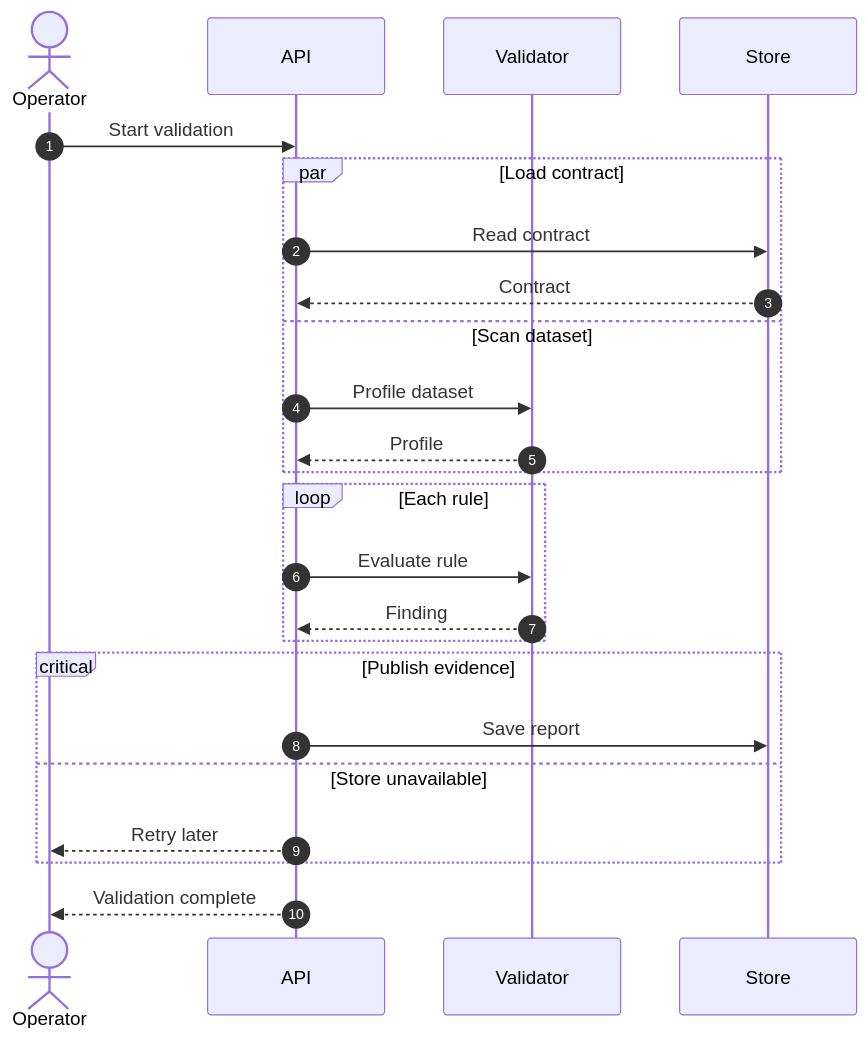
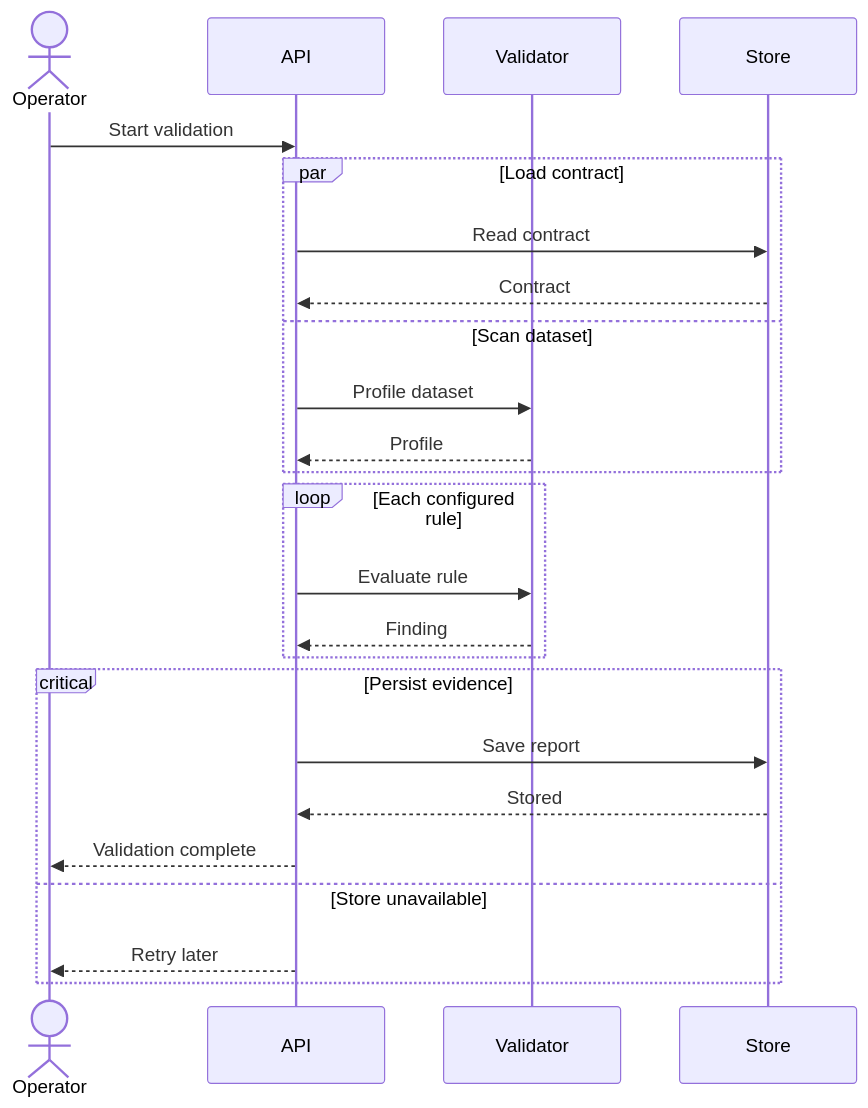
The second of 4 diagrams in src/rulesync/.rulesync/skills/mols-mermaid-diagram/references/examples/sequence-diagram.md (mols3131d/mols-agent-assets), drawn with Mermaid before and after one commit. The commit also changed other lines of this file and 27 other files, not shown here.

Commit message:
docs(mermaid): diagram examples 단계별 고도화

````diff
--- a/src/rulesync/.rulesync/skills/mols-mermaid-diagram/references/examples/sequence-diagram.md
+++ b/src/rulesync/.rulesync/skills/mols-mermaid-diagram/references/examples/sequence-diagram.md
@@ -19,29 +45,29 @@
 ```mermaid
 sequenceDiagram
-    autonumber
     actor Operator
     participant API
     participant Validator
     participant Store
 
     Operator->>API: Start validation
     par Load contract
         API->>Store: Read contract
         Store-->>API: Contract
     and Scan dataset
         API->>Validator: Profile dataset
         Validator-->>API: Profile
     end
 
-    loop Each rule
+    loop Each configured rule
         API->>Validator: Evaluate rule
         Validator-->>API: Finding
     end
 
-    critical Publish evidence
+    critical Persist evidence
         API->>Store: Save report
+        Store-->>API: Stored
+        API-->>Operator: Validation complete
     option Store unavailable
         API-->>Operator: Retry later
     end
-    API-->>Operator: Validation complete
 ```
````
